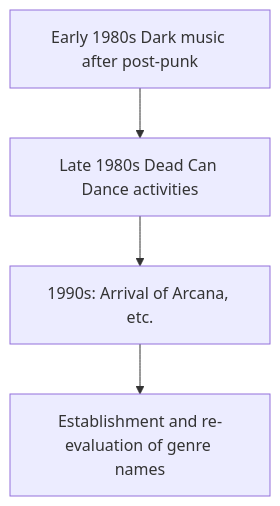
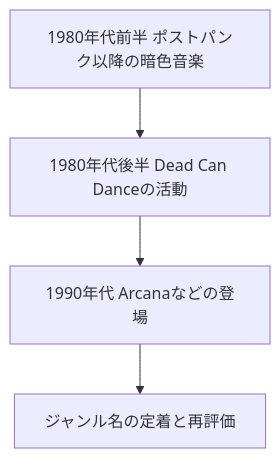
The diagram in en/_posts/2026-01-08-column-neo-classical-darkwave.md (monumental-movement/monumental-movement.github.io), drawn with Mermaid before and after one commit. The commit also changed other lines of this file and 775 other files, not shown here.

```diff
--- a/en/_posts/2026-01-08-column-neo-classical-darkwave.md
+++ b/en/_posts/2026-01-08-column-neo-classical-darkwave.md
@@ -147,8 +147,8 @@
 <div class="mermaid">
 
 graph TD
-A[Early 1980s Dark music after post-punk] --> B[Late 1980s Dead Can Dance activities]
-B --> C[1990s: Arrival of Arcana, etc.]
-C --> D[Establishment and re-evaluation of genre names]
+A[1980年代前半 ポストパンク以降の暗色音楽] --> B[1980年代後半 Dead Can Danceの活動]
+B --> C[1990年代 Arcanaなどの登場]
+C --> D[ジャンル名の定着と再評価]
 
 </div>
```
